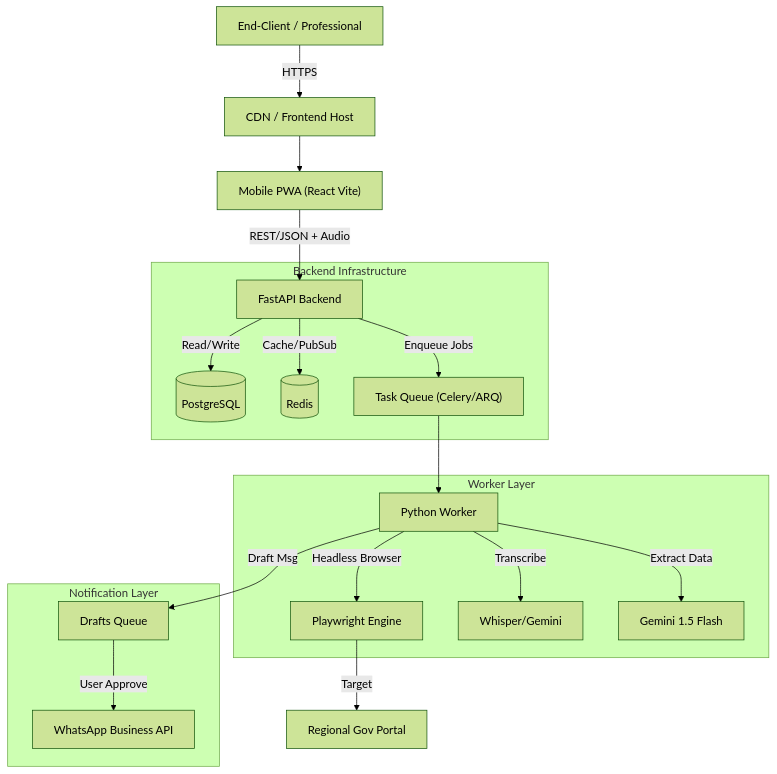
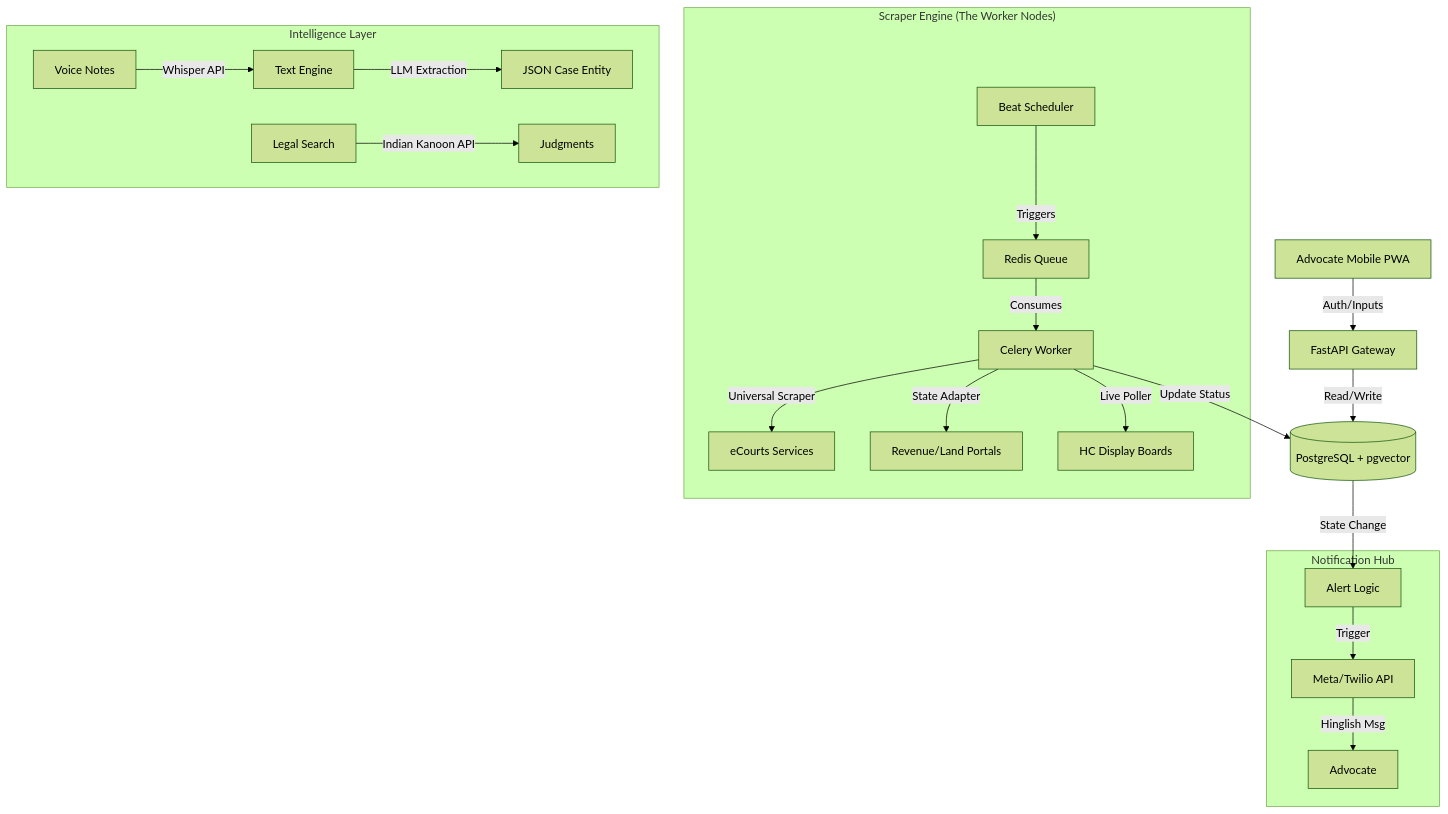
Before and after one commit to mrsutharsuresh/Saas_Dashboard: the diagram in docs/ARCHITECTURE.md, drawn with Mermaid (forest theme). The commit also changed other lines of this file and 7 other files, not shown here.

````diff
--- a/docs/ARCHITECTURE.md
+++ b/docs/ARCHITECTURE.md
@@ -8,27 +9,28 @@
 ```mermaid
 graph TD
-    Client["End-Client / Professional"] -->|HTTPS| CDN["CDN / Frontend Host"]
-    CDN --> ReactApp["Mobile PWA (React Vite)"]
+    User[Advocate Mobile PWA] -->|Auth/Inputs| API[FastAPI Gateway]
+    API -->|Read/Write| DB[(PostgreSQL + pgvector)]
     
-    ReactApp -->|REST/JSON + Audio| API["FastAPI Backend"]
-    
-    subgraph "Backend Infrastructure"
-        API -->|Read/Write| DB[("PostgreSQL")]
-        API -->|Cache/PubSub| Redis[("Redis")]
-        API -->|Enqueue Jobs| Queue["Task Queue (Celery/ARQ)"]
+    subgraph "Scraper Engine (The Worker Nodes)"
+        Scheduler[Beat Scheduler] -->|Triggers| TaskQueue[Redis Queue]
+        TaskQueue -->|Consumes| Worker[Celery Worker]
+        
+        Worker -->|Universal Scraper| eCourts[eCourts Services]
+        Worker -->|State Adapter| Revenue[Revenue/Land Portals]
+        Worker -->|Live Poller| HighCourt[HC Display Boards]
     end
     
-    subgraph "Worker Layer"
-        Queue --> Worker["Python Worker"]
-        Worker -->|Headless Browser| Scraper["Playwright Engine"]
-        Worker -->|Transcribe| Whisper["Whisper/Gemini"]
-        Worker -->|Extract Data| LLM["Gemini 1.5 Flash"]
+    subgraph "Intelligence Layer"
+        Audio[Voice Notes] -->|Whisper API| Transcriber[Text Engine]
+        Transcriber -->|LLM Extraction| StructuredData[JSON Case Entity]
+        RAG[Legal Search] -->|Indian Kanoon API| Precedents[Judgments]
     end
     
-    subgraph "Notification Layer"
-        Worker -->|Draft Msg| Drafts["Drafts Queue"]
-        Drafts -->|User Approve| WhatsApp["WhatsApp Business API"]
+    subgraph "Notification Hub"
+        AlertEngine[Alert Logic] -->|Trigger| WhatsAppGateway[Meta/Twilio API]
+        WhatsAppGateway -->|Hinglish Msg| EndUser[Advocate]
     end
-    
-    Scraper -->|Target| GovPortal["Regional Gov Portal"]
+
+    Worker -->|Update Status| DB
+    DB -->|State Change| AlertEngine
 ```
````
